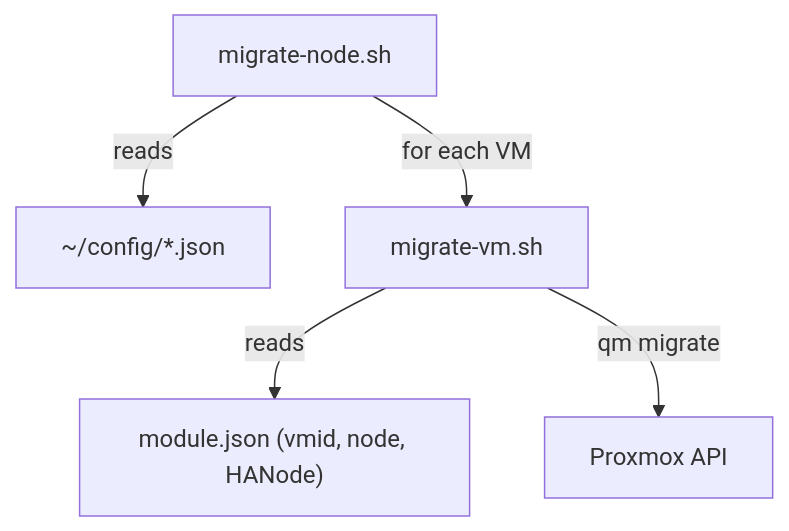
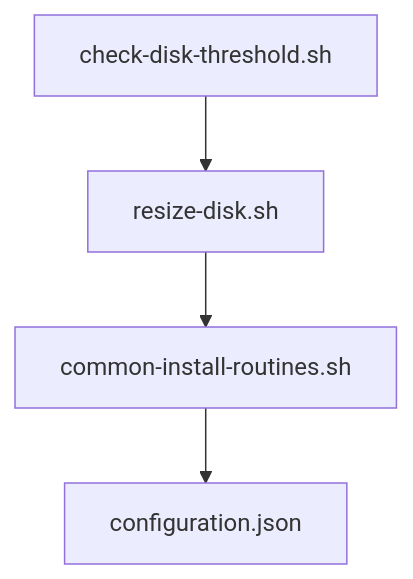
One commit to TAPPaaS/TAPPaaS changed the eighth of 9 diagrams in src/foundation/DEPENDENCIES.md. Above: the diagram before and after it, drawn with Mermaid. The commit also changed other lines of this file and 44 other files, not shown here.

Commit message:
close #106 close #108 : updated configuration.json and node name handling

````diff
--- a/src/foundation/DEPENDENCIES.md
+++ b/src/foundation/DEPENDENCIES.md
@@ -285,8 +241,6 @@
 ```mermaid
 graph TD
-    A[migrate-node.sh] -->|reads| B["~/config/*.json"]
-    A -->|"for each VM"| C[migrate-vm.sh]
-
-    C -->|reads| D["module.json (vmid, node, HANode)"]
-    C -->|"qm migrate"| E["Proxmox API"]
+    A["check-disk-threshold.sh"] --> B["resize-disk.sh"]
+    B --> C["common-install-routines.sh"]
+    C --> D["configuration.json"]
 ```
````
